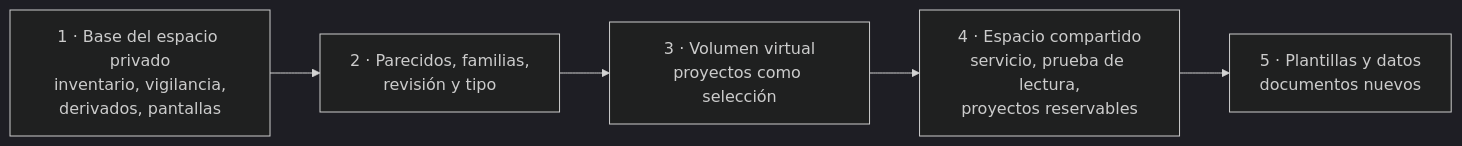
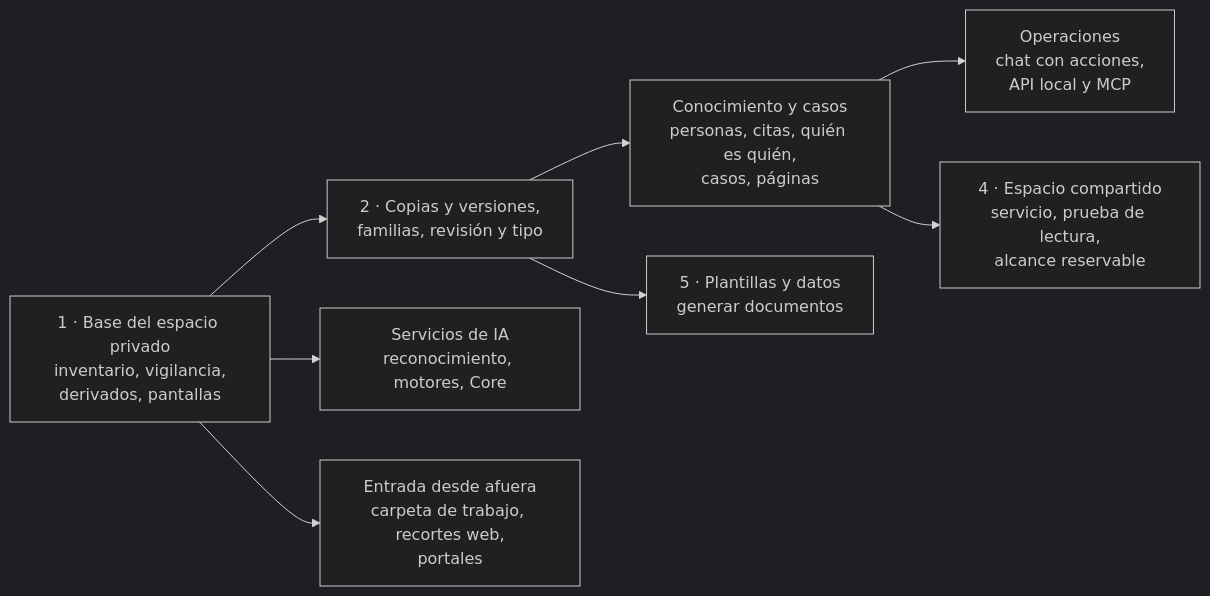
The seventh of 7 diagrams in docs/design/base-documental.md (Micelya/llm_wiki), drawn with Mermaid (dark theme) before and after one commit. The commit also changed other lines of this file and 7 other files, not shown here.

````diff
--- a/docs/design/base-documental.md
+++ b/docs/design/base-documental.md
@@ -280,7 +295,10 @@
 ```mermaid
 flowchart LR
-    E1["1 · Base del espacio privado<br/>inventario, vigilancia,<br/>derivados, pantallas"] --> E2["2 · Parecidos, familias,<br/>revisión y tipo"]
-    E2 --> E3["3 · Volumen virtual<br/>proyectos como selección"]
-    E3 --> E4["4 · Espacio compartido<br/>servicio, prueba de lectura,<br/>proyectos reservables"]
-    E4 --> E5["5 · Plantillas y datos<br/>documentos nuevos"]
+    E1["1 · Base del espacio privado<br/>inventario, vigilancia,<br/>derivados, pantallas"] --> E2["2 · Copias y versiones,<br/>familias, revisión y tipo"]
+    E2 --> K["Conocimiento y casos<br/>personas, citas, quién es quién,<br/>casos, páginas"]
+    E2 --> E5["5 · Plantillas y datos<br/>generar documentos"]
+    K --> OP["Operaciones<br/>chat con acciones,<br/>API local y MCP"]
+    K --> E4["4 · Espacio compartido<br/>servicio, prueba de lectura,<br/>alcance reservable"]
+    E1 --> IA["Servicios de IA<br/>reconocimiento, motores, Core"]
+    E1 --> EN["Entrada desde afuera<br/>carpeta de trabajo, recortes web,<br/>portales"]
 ```
````
